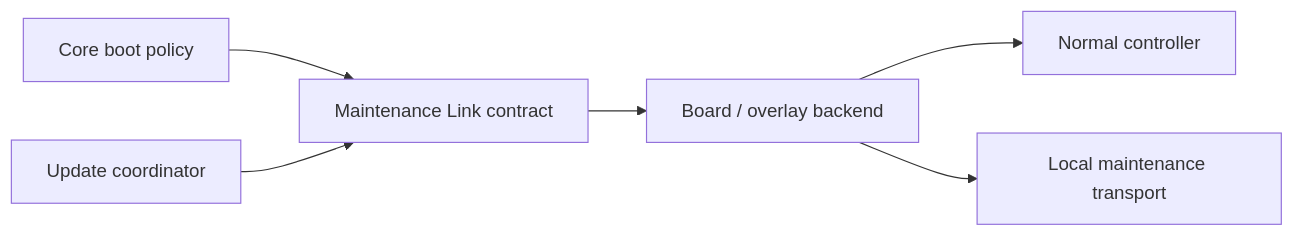
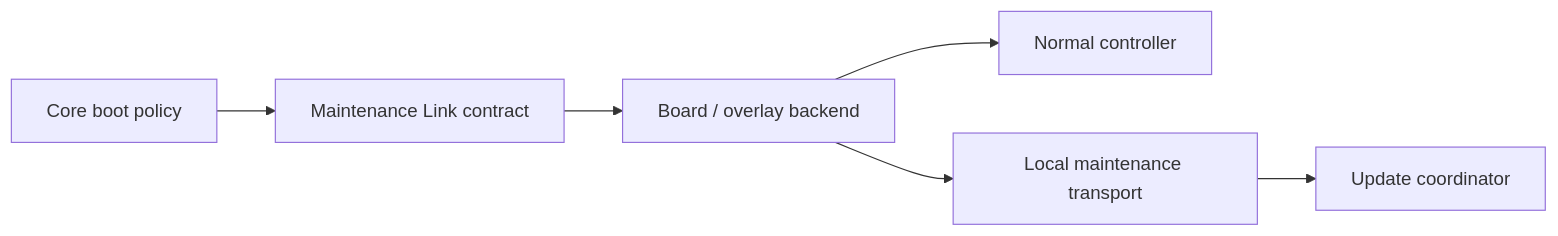
One commit to andreapiccini/SpaghettiLAB changed diagram 14 of 20 in Firmware/core/ARCHITECTURE.md. Above: the diagram before and after it, drawn with Mermaid. The commit also changed other lines of this file and 34 other files, not shown here.

````diff
--- a/Firmware/core/ARCHITECTURE.md
+++ b/Firmware/core/ARCHITECTURE.md
@@ -621,8 +621,8 @@
 ```mermaid
 flowchart LR
     CORE["Core boot policy"] --> LINK["Maintenance Link contract"]
     LINK --> BOARD["Board / overlay backend"]
     BOARD --> NORMAL["Normal controller"]
     BOARD --> LOCAL["Local maintenance transport"]
-    UPDATE["Update coordinator"] --> LINK
+    LOCAL --> UPDATE["Update coordinator"]
 ```
````
